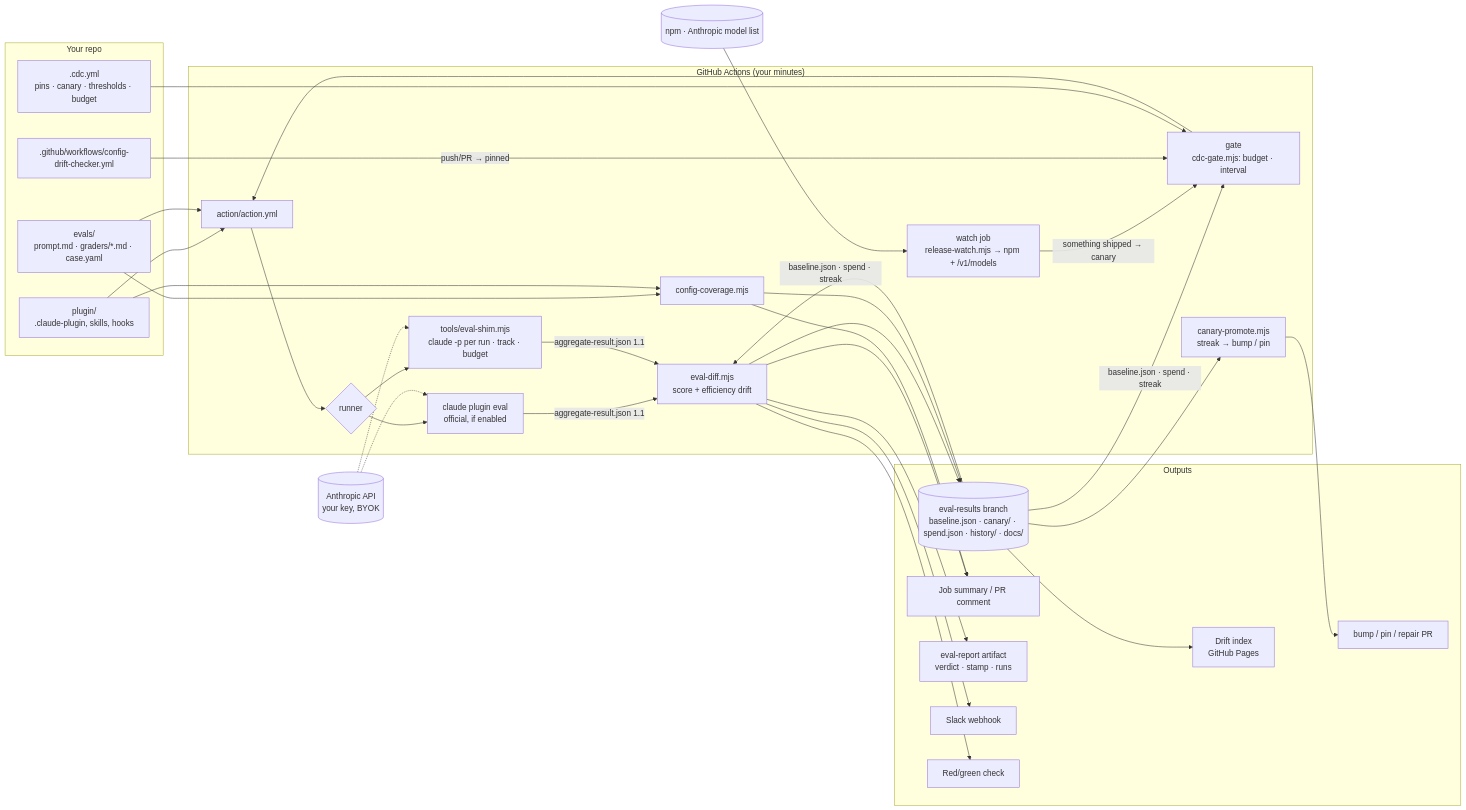
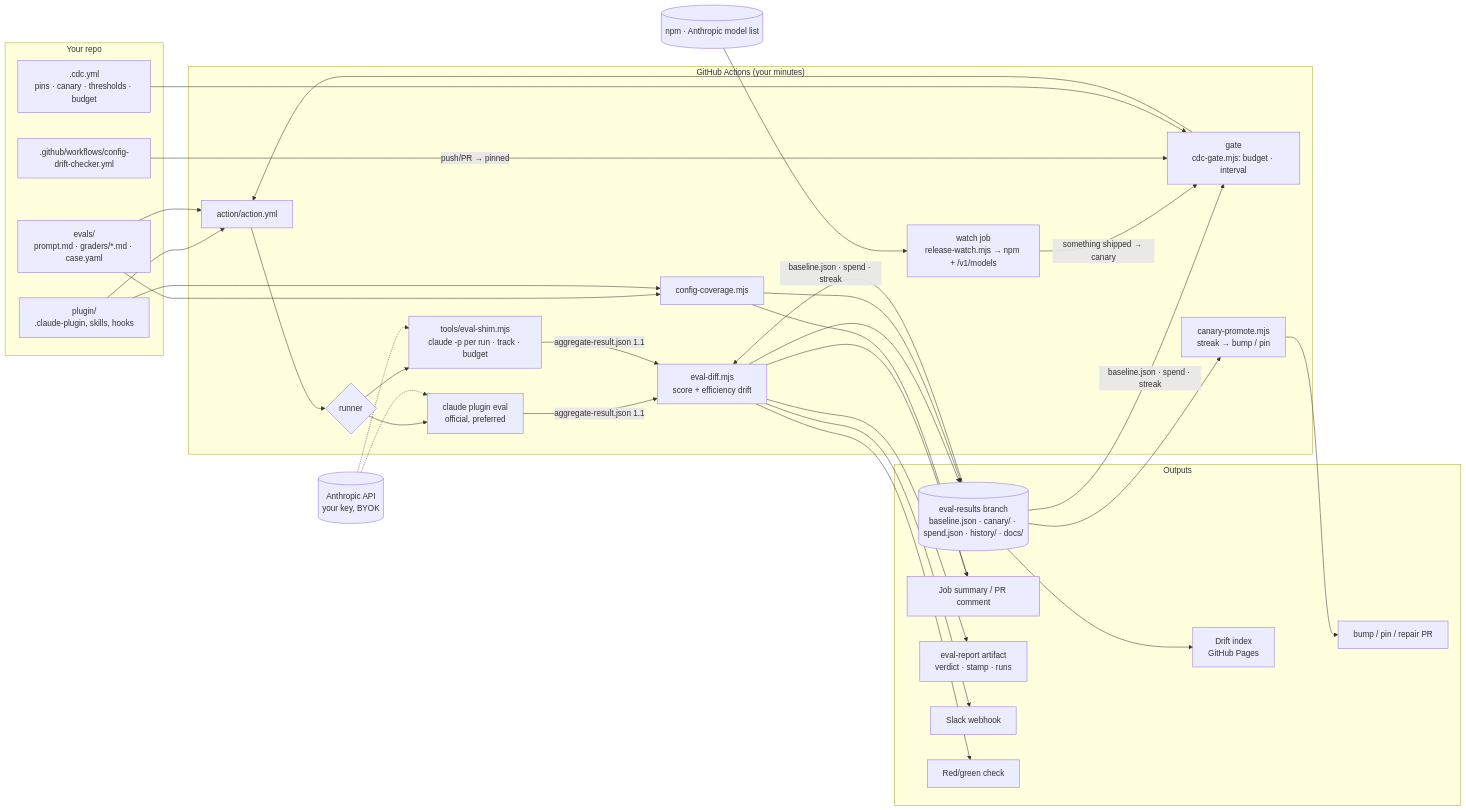
The diagram in docs/architecture.md (jameskomo/config-drift-checker), drawn with Mermaid before and after one commit. The commit also changed other lines of this file and 9 other files, not shown here.

````diff
--- a/docs/architecture.md
+++ b/docs/architecture.md
@@ -5,42 +5,42 @@
 ```mermaid
 flowchart LR
   subgraph repo["Your repo"]
     P[plugin/<br/>.claude-plugin, skills, hooks]
     C[.cdc.yml<br/>pins · canary · thresholds · budget]
     E[evals/<br/>prompt.md · graders/*.md · case.yaml]
     W[.github/workflows/config-drift-checker.yml]
   end
   subgraph gh["GitHub Actions (your minutes)"]
     RW[watch job<br/>release-watch.mjs → npm + /v1/models]
     G[gate<br/>cdc-gate.mjs: budget · interval]
     A[action/action.yml]
     R{runner}
-    OFF[claude plugin eval<br/>official, if enabled]
+    OFF[claude plugin eval<br/>official, preferred]
     SHIM[tools/eval-shim.mjs<br/>claude -p per run · track · budget]
     D[eval-diff.mjs<br/>score + efficiency drift]
     PM[canary-promote.mjs<br/>streak → bump / pin]
     CV[config-coverage.mjs]
   end
   subgraph out["Outputs"]
     RB[(eval-results branch<br/>baseline.json · canary/ · spend.json · history/ · docs/)]
     SUM[Job summary / PR comment]
     REP[eval-report artifact<br/>verdict · stamp · runs]
     DI[Drift index<br/>GitHub Pages]
     PR[bump / pin / repair PR]
     SL[Slack webhook]
     CHK[Red/green check]
   end
   NPM[(npm · Anthropic model list)] --> RW
   RW -->|something shipped → canary| G
   W -->|push/PR → pinned| G
   C --> G --> A
   P & E --> A --> R
   R --> OFF & SHIM
   OFF & SHIM -->|aggregate-result.json 1.1| D
   RB -->|baseline.json · spend · streak| G & D
   D --> SUM & SL & CHK & RB & REP
   RB --> PM --> PR
   E & P --> CV --> RB & SUM
   RB --> DI
   API[(Anthropic API<br/>your key, BYOK)] -.-> OFF & SHIM
 ```
````
